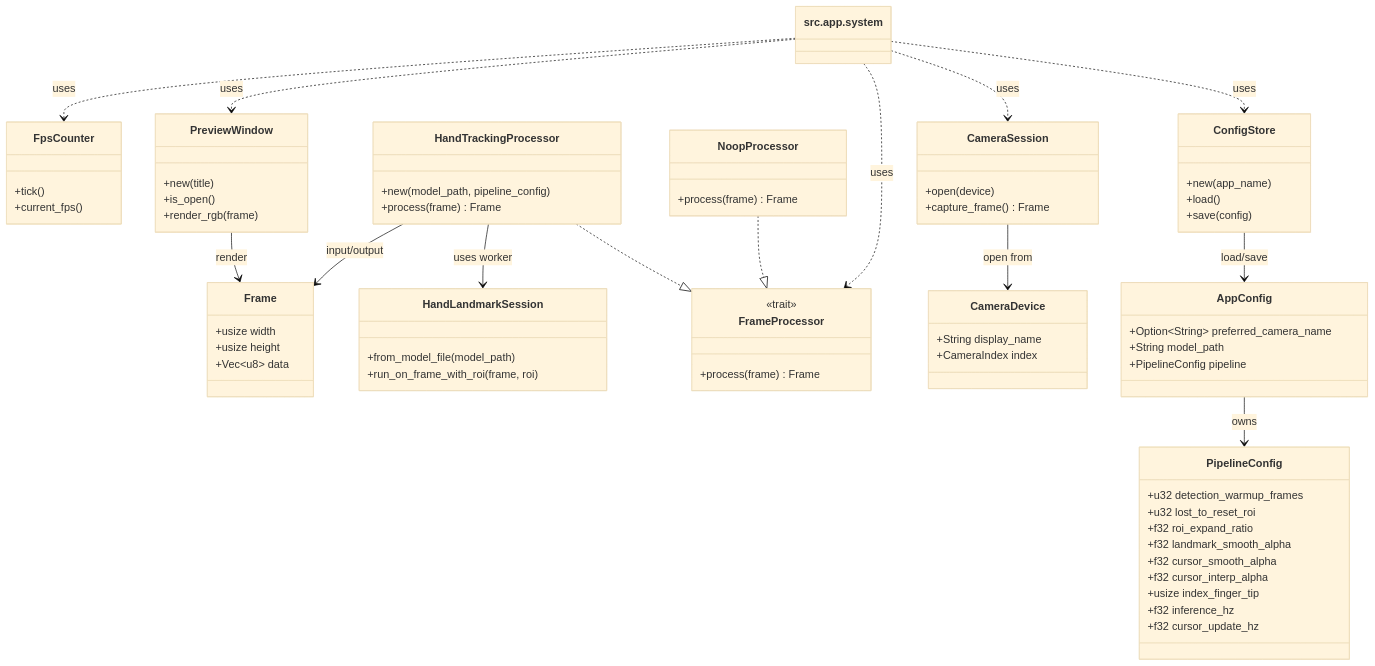
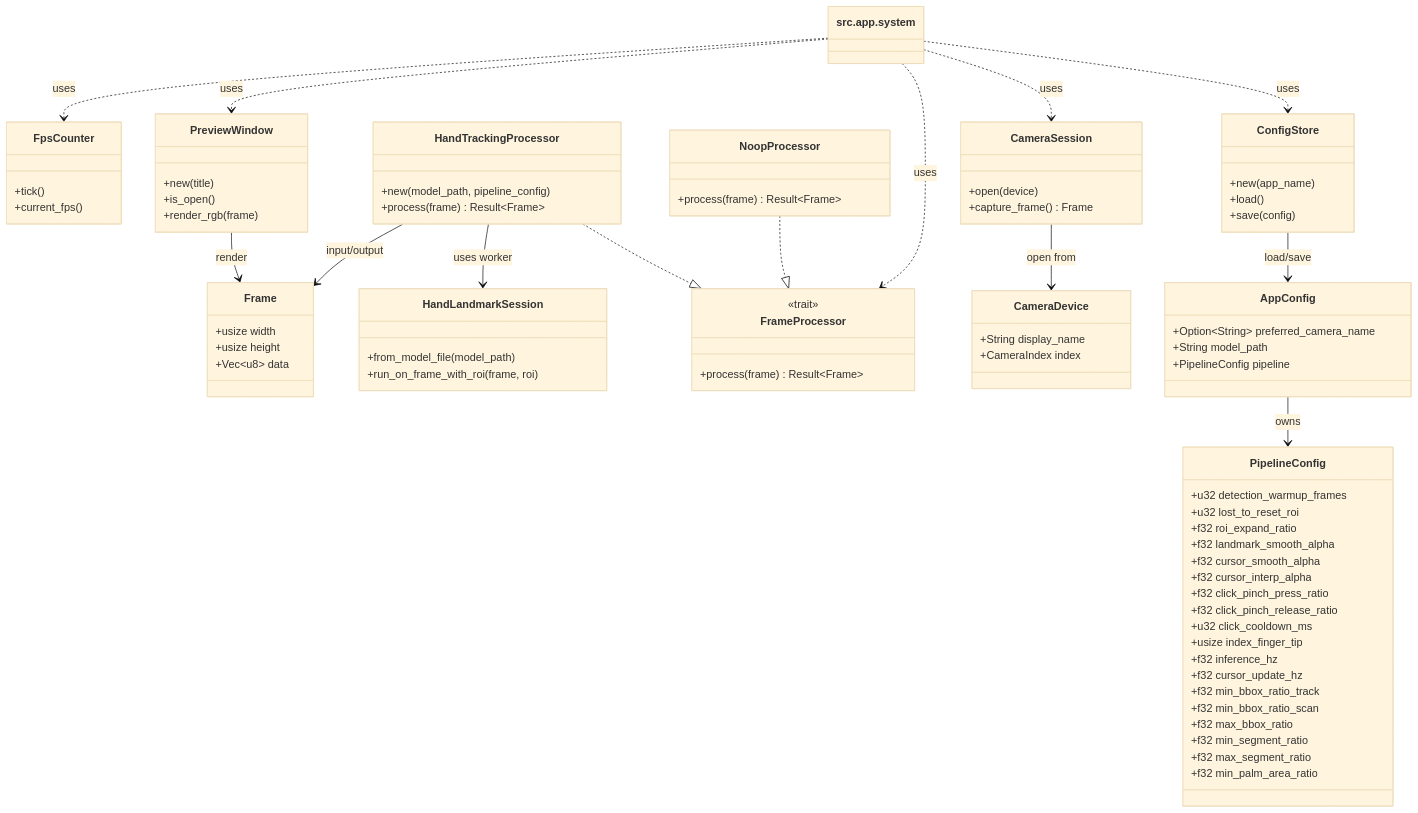
Before and after one commit to koretty/hand-tracking-mouse: the diagram in docs/architecture.md, drawn with Mermaid (base theme). The commit also changed other lines of this file and 4 other files, not shown here.

```diff
--- a/docs/architecture.md
+++ b/docs/architecture.md
@@ -36,9 +37,18 @@
         +f32 landmark_smooth_alpha
         +f32 cursor_smooth_alpha
         +f32 cursor_interp_alpha
+        +f32 click_pinch_press_ratio
+        +f32 click_pinch_release_ratio
+        +u32 click_cooldown_ms
         +usize index_finger_tip
         +f32 inference_hz
         +f32 cursor_update_hz
+        +f32 min_bbox_ratio_track
+        +f32 min_bbox_ratio_scan
+        +f32 max_bbox_ratio
+        +f32 min_segment_ratio
+        +f32 max_segment_ratio
+        +f32 min_palm_area_ratio
     }
 
     class ConfigStore {
@@ -70,15 +80,15 @@
 
     class FrameProcessor {
         <<trait>>
-        +process(frame) Frame
+        +process(frame) Result~Frame~
     }
 
     class HandTrackingProcessor {
         +new(model_path, pipeline_config)
-        +process(frame) Frame
+        +process(frame) Result~Frame~
     }
     class NoopProcessor {
-        +process(frame) Frame
+        +process(frame) Result~Frame~
     }
 
     class PreviewWindow {
```
